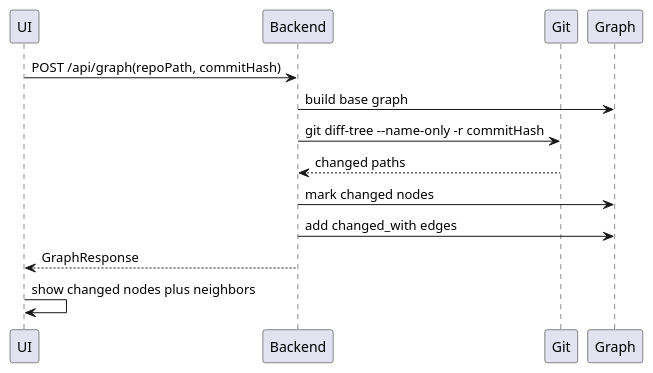
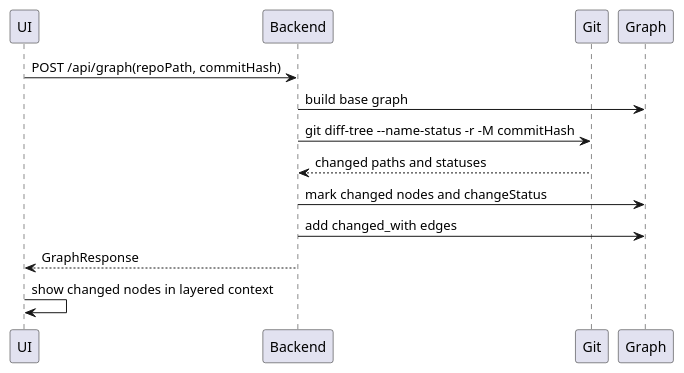
The diagram in spec/flows/Visualize_Commit_Changes.md (apoorvkul/HilBridge), drawn with PlantUML before and after one commit. The commit also changed other lines of this file and 28 other files, not shown here.

````diff
--- a/spec/flows/Visualize_Commit_Changes.md
+++ b/spec/flows/Visualize_Commit_Changes.md
@@ -5,17 +5,17 @@
 ```plantuml
 @startuml
 participant UI
 participant Backend
 participant Git
 participant Graph
 
 UI -> Backend: POST /api/graph(repoPath, commitHash)
 Backend -> Graph: build base graph
-Backend -> Git: git diff-tree --name-only -r commitHash
-Git --> Backend: changed paths
-Backend -> Graph: mark changed nodes
+Backend -> Git: git diff-tree --name-status -r -M commitHash
+Git --> Backend: changed paths and statuses
+Backend -> Graph: mark changed nodes and changeStatus
 Backend -> Graph: add changed_with edges
 Backend --> UI: GraphResponse
-UI -> UI: show changed nodes plus neighbors
+UI -> UI: show changed nodes in layered context
 @enduml
 ```
````
